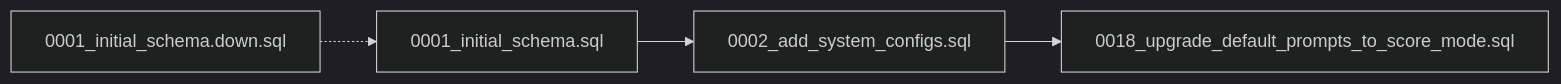
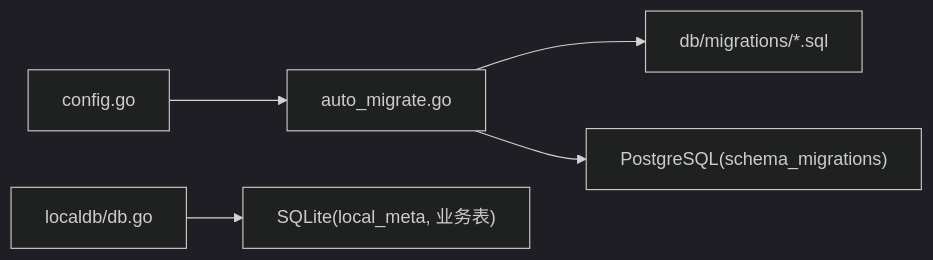
Before and after one commit to alvinwangzi/goodhr: the fifth of 5 diagrams in .qoder/repowiki/zh/content/云端后端服务/数据存储层/数据迁移管理.md, drawn with Mermaid (dark theme). The commit also changed other lines of this file and 149 other files, not shown here.

````diff
--- a/.qoder/repowiki/zh/content/云端后端服务/数据存储层/数据迁移管理.md
+++ b/.qoder/repowiki/zh/content/云端后端服务/数据存储层/数据迁移管理.md
@@ -238,6 +214,7 @@
 ```mermaid
 graph LR
-A["0001_initial_schema.sql"] --> B["0002_add_system_configs.sql"]
-B --> C["0018_upgrade_default_prompts_to_score_mode.sql"]
-D["0001_initial_schema.down.sql"] -.-> A
+Config["config.go"] --> AM["auto_migrate.go"]
+AM --> Files["db/migrations/*.sql"]
+AM --> PG["PostgreSQL(schema_migrations)"]
+LocalDB["localdb/db.go"] --> SQLite["SQLite(local_meta, 业务表)"]
 ```
````
